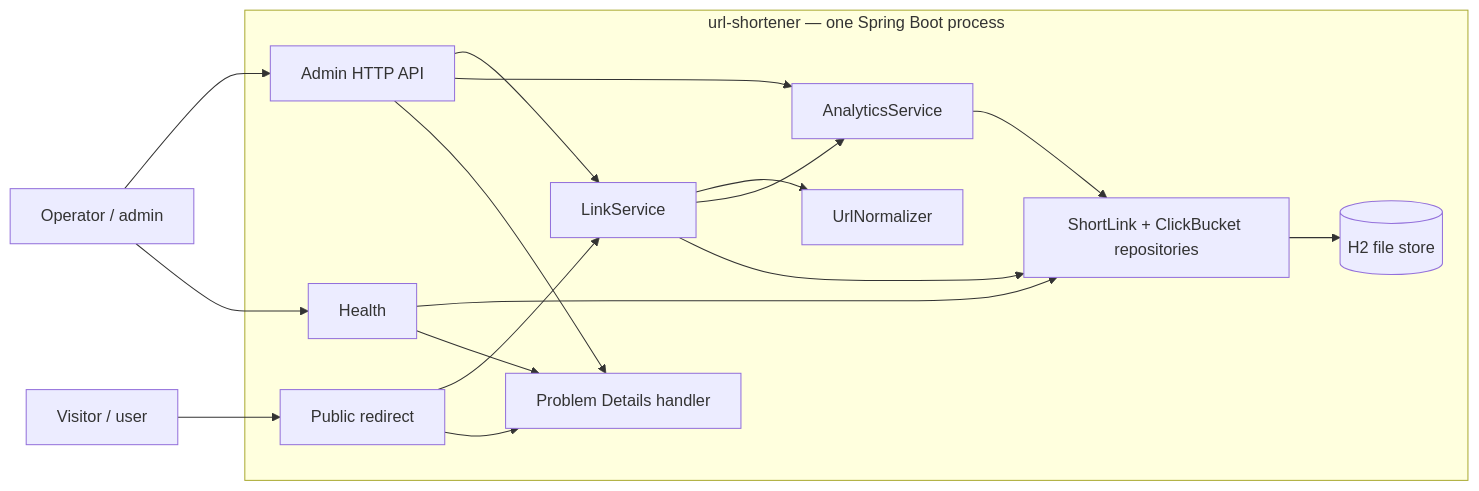
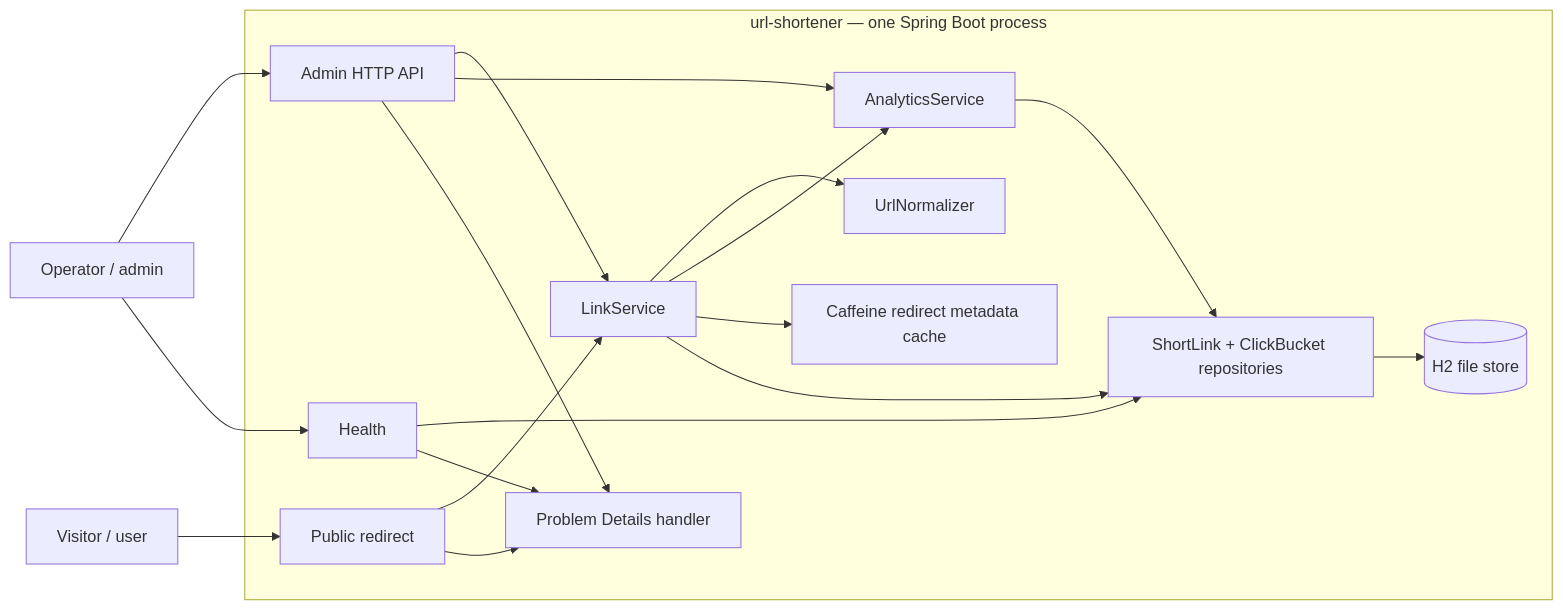
One commit to abhjit603/url-shortener-schwab-test changed the first of 6 diagrams in .workitems/FEATURE001/EPIC001/solution-arch.md. Above: the diagram before and after it, drawn with Mermaid. The commit also changed other lines of this file and 21 other files, not shown here.

Commit message:
feat(url-shortener): Add bounded redirect metadata cache

````diff
--- a/.workitems/FEATURE001/EPIC001/solution-arch.md
+++ b/.workitems/FEATURE001/EPIC001/solution-arch.md
@@ -123,32 +128,34 @@
 ```mermaid
 flowchart LR
   Operator["Operator / admin"]
   Visitor["Visitor / user"]
 
   subgraph proc["url-shortener — one Spring Boot process"]
     AdminAPI["Admin HTTP API"]
     Redir["Public redirect"]
     Health["Health"]
     Errors["Problem Details handler"]
     LinkSvc["LinkService"]
+    RedirectCache["Caffeine redirect metadata cache"]
     AnalyticsSvc["AnalyticsService"]
     Norm["UrlNormalizer"]
     Repos["ShortLink + ClickBucket repositories"]
     Store[("H2 file store")]
     AdminAPI --> LinkSvc
     AdminAPI --> AnalyticsSvc
     Redir --> LinkSvc
     Health --> Repos
     AdminAPI --> Errors
     Redir --> Errors
     Health --> Errors
     LinkSvc --> Norm
     LinkSvc --> AnalyticsSvc
+    LinkSvc --> RedirectCache
     LinkSvc --> Repos
     AnalyticsSvc --> Repos
     Repos --> Store
   end
   Operator --> AdminAPI
   Operator --> Health
   Visitor --> Redir
 ```
````
